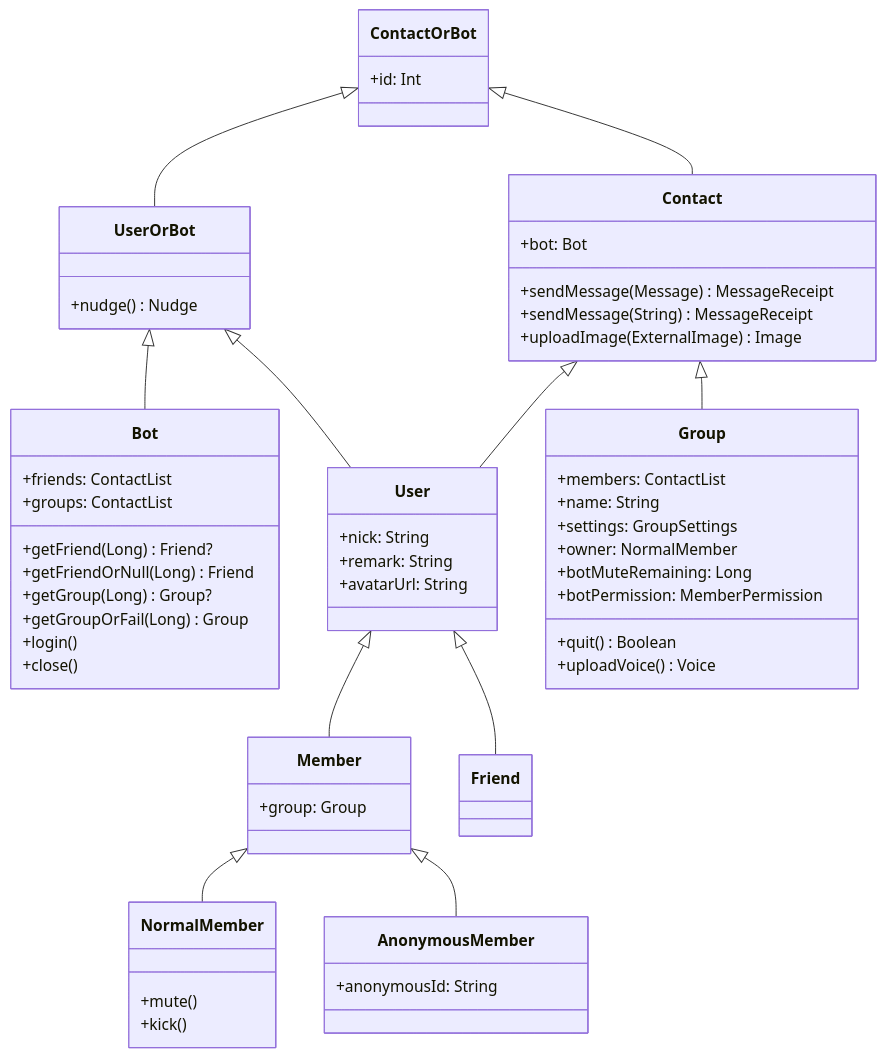
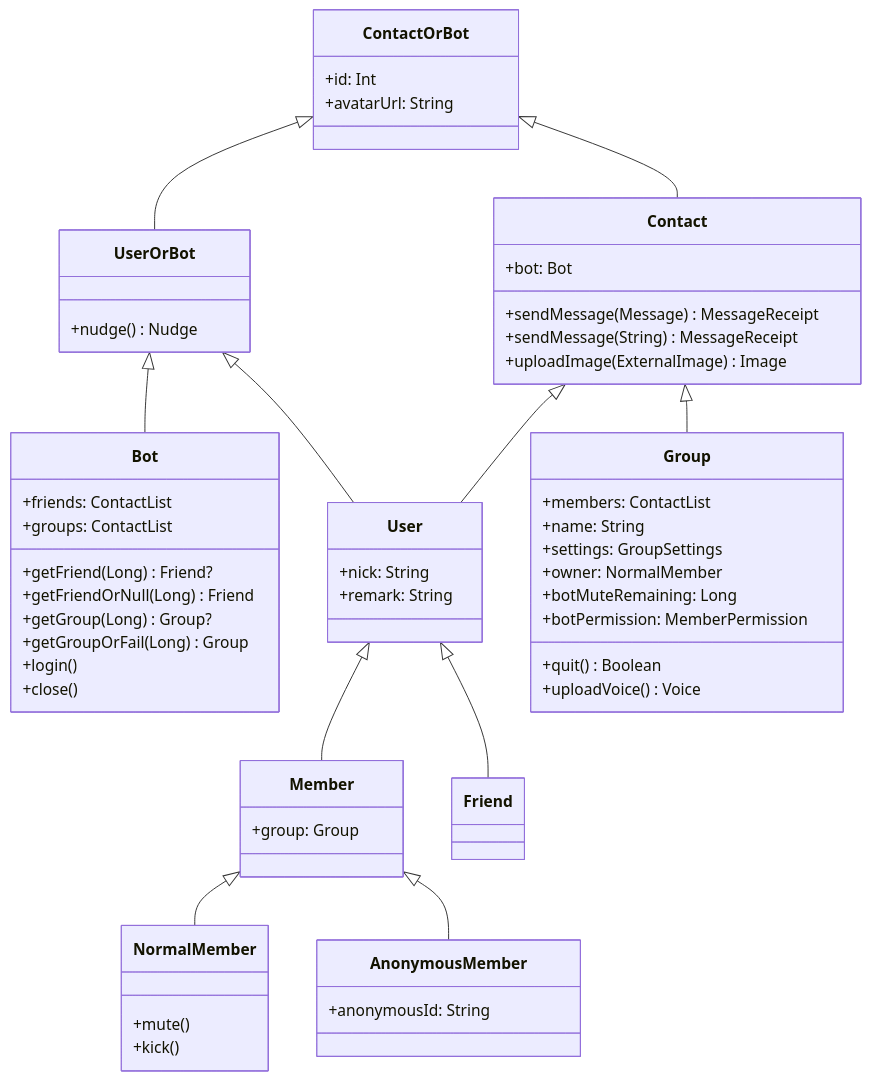
Before and after one commit to mamoe/mirai: the diagram in docs/src/Contacts.mermaid.md, drawn with Mermaid. The commit also changed other lines of this file and 1 other file, not shown here.

````diff
--- a/docs/src/Contacts.mermaid.md
+++ b/docs/src/Contacts.mermaid.md
@@ -1,74 +1,74 @@
 ```mermaid
 classDiagram
 
 class Bot {
     +friends: ContactList
     +groups: ContactList
     +getFriend(Long) Friend?
     +getFriendOrNull(Long) Friend
     +getGroup(Long) Group?
     +getGroupOrFail(Long) Group
     +login()
     +close()
 }
 
 class ContactOrBot {
     +id: Int
+    +avatarUrl: String
 }
 
 class UserOrBot {
     +nudge() Nudge
 }
 
 class Contact {
     +bot: Bot
     +sendMessage(Message) MessageReceipt
     +sendMessage(String) MessageReceipt
     +uploadImage(ExternalImage) Image
 }
 
 class User {
     +nick: String
     +remark: String
-    +avatarUrl: String
 }
 
 class Group {
     +members: ContactList
     +name: String
     +settings: GroupSettings
     +owner: NormalMember
     +botMuteRemaining: Long
     +botPermission: MemberPermission
     +quit() Boolean
     +uploadVoice() Voice
 }
 
 class NormalMember {
     +mute()
     +kick()
 }
 
 class AnonymousMember {
     +anonymousId: String
 }
 
 class Member {
     +group: Group
 }
 
 ContactOrBot<|--Contact
 ContactOrBot<|--UserOrBot
 
 UserOrBot<|--Bot
 UserOrBot<|--User
 
 Contact<|--User
 Contact<|--Group
 
 User<|--Member
 User<|--Friend
 
 Member<|--NormalMember
 Member<|--AnonymousMember
 ```
````
